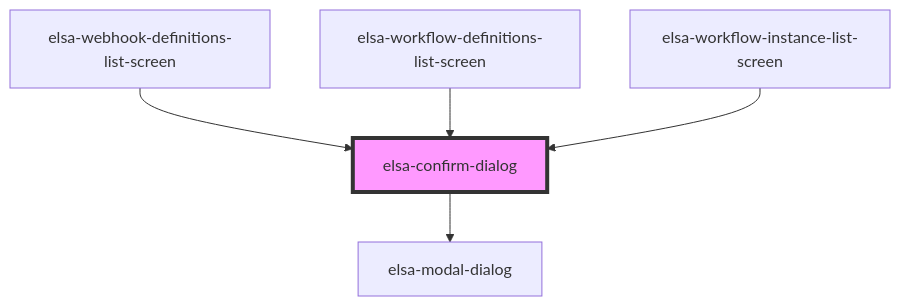
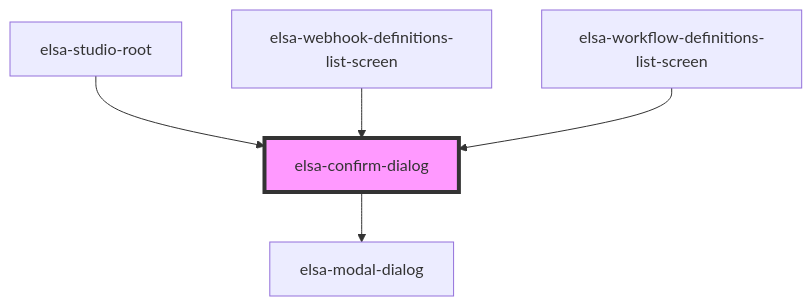
The diagram in src/designer/elsa-workflows-studio/src/components/shared/elsa-confirm-dialog/readme.md (elsa-workflows/elsa-core), drawn with Mermaid before and after one commit. The commit also changed other lines of this file and 11 other files, not shown here.

Commit message:
Add shared confirm-dialog-service

````diff
--- a/src/designer/elsa-workflows-studio/src/components/shared/elsa-confirm-dialog/readme.md
+++ b/src/designer/elsa-workflows-studio/src/components/shared/elsa-confirm-dialog/readme.md
@@ -51,8 +51,8 @@
 ```mermaid
 graph TD;
   elsa-confirm-dialog --> elsa-modal-dialog
+  elsa-studio-root --> elsa-confirm-dialog
   elsa-webhook-definitions-list-screen --> elsa-confirm-dialog
   elsa-workflow-definitions-list-screen --> elsa-confirm-dialog
-  elsa-workflow-instance-list-screen --> elsa-confirm-dialog
   style elsa-confirm-dialog fill:#f9f,stroke:#333,stroke-width:4px
 ```
````
